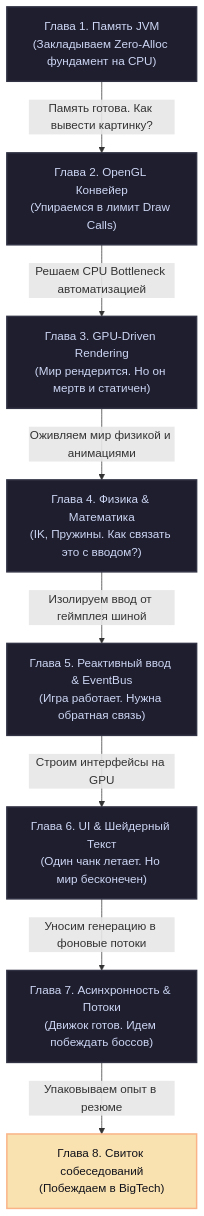
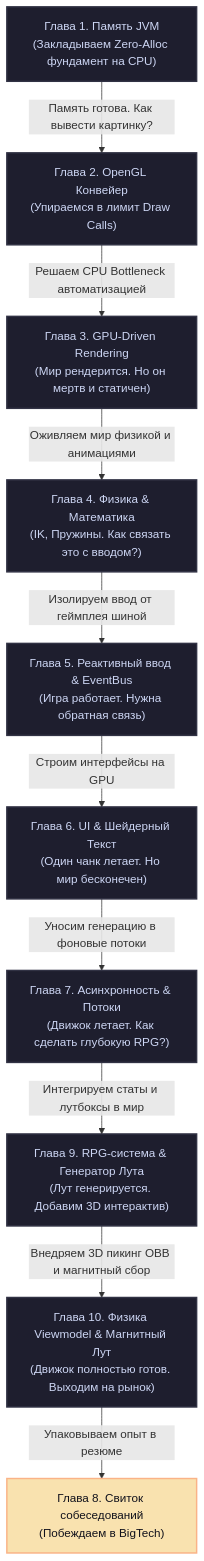
Before and after one commit to haiseskibidi/Zenith: the diagram in docs/academy/README.md, drawn with Mermaid. The commit also changed other lines of this file and 7 other files, not shown here.

````diff
--- a/docs/academy/README.md
+++ b/docs/academy/README.md
@@ -72,20 +82,24 @@
 ```mermaid
 graph TD
     A["Глава 1. Память JVM<br>(Закладываем Zero-Alloc фундамент на CPU)"]
     A -->|"Память готова. Как вывести картинку?"| B["Глава 2. OpenGL Конвейер<br>(Упираемся в лимит Draw Calls)"]
     B -->|"Решаем CPU Bottleneck автоматизацией"| C["Глава 3. GPU-Driven Rendering<br>(Мир рендерится. Но он мертв и статичен)"]
     C -->|"Оживляем мир физикой и анимациями"| D["Глава 4. Физика & Математика<br>(IK, Пружины. Как связать это с вводом?)" ]
     D -->|"Изолируем ввод от геймплея шиной"| E["Глава 5. Реактивный ввод & EventBus<br>(Игра работает. Нужна обратная связь)"]
     E -->|"Строим интерфейсы на GPU"| F["Глава 6. UI & Шейдерный Текст<br>(Один чанк летает. Но мир бесконечен)"]
-    F -->|"Уносим генерацию в фоновые потоки"| G["Глава 7. Асинхронность & Потоки<br>(Движок готов. Идем побеждать боссов)"]
-    G -->|"Упаковываем опыт в резюме"| H["Глава 8. Свиток собеседований<br>(Побеждаем в BigTech)"]
+    F -->|"Уносим генерацию в фоновые потоки"| G["Глава 7. Асинхронность & Потоки<br>(Движок летает. Как сделать глубокую RPG?)"]
+    G -->|"Интегрируем статы и лутбоксы в мир"| I["Глава 9. RPG-система & Генератор Лута<br>(Лут генерируется. Добавим 3D интерактив)"]
+    I -->|"Внедряем 3D пикинг OBB и магнитный сбор"| J["Глава 10. Физика Viewmodel & Магнитный Лут<br>(Движок полностью готов. Выходим на рынок)"]
+    J -->|"Упаковываем опыт в резюме"| H["Глава 8. Свиток собеседований<br>(Побеждаем в BigTech)"]
 
     style A fill:#1e1e2e,stroke:#313244,stroke-width:2px,color:#cdd6f4
     style B fill:#1e1e2e,stroke:#313244,stroke-width:2px,color:#cdd6f4
     style C fill:#1e1e2e,stroke:#313244,stroke-width:2px,color:#cdd6f4
     style D fill:#1e1e2e,stroke:#313244,stroke-width:2px,color:#cdd6f4
     style E fill:#1e1e2e,stroke:#313244,stroke-width:2px,color:#cdd6f4
     style F fill:#1e1e2e,stroke:#313244,stroke-width:2px,color:#cdd6f4
     style G fill:#1e1e2e,stroke:#313244,stroke-width:2px,color:#cdd6f4
+    style I fill:#1e1e2e,stroke:#313244,stroke-width:2px,color:#cdd6f4
+    style J fill:#1e1e2e,stroke:#313244,stroke-width:2px,color:#cdd6f4
     style H fill:#f9e2af,stroke:#fab387,stroke-width:2px,color:#11111b
 ```
````
